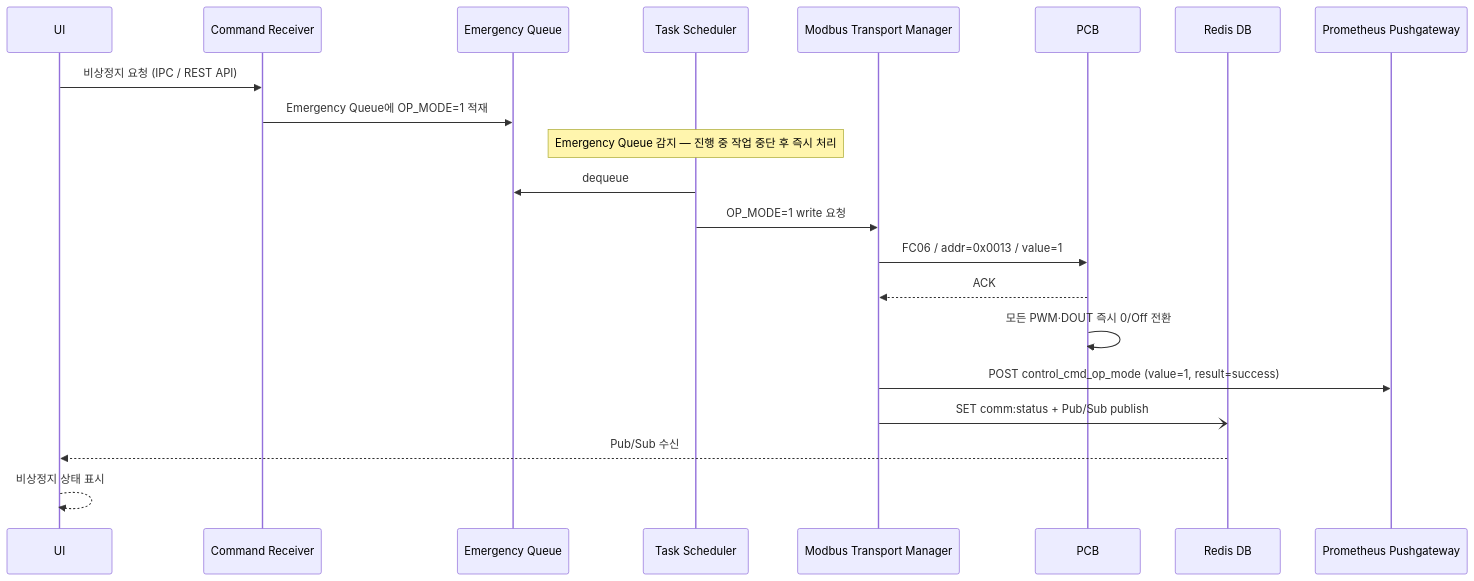
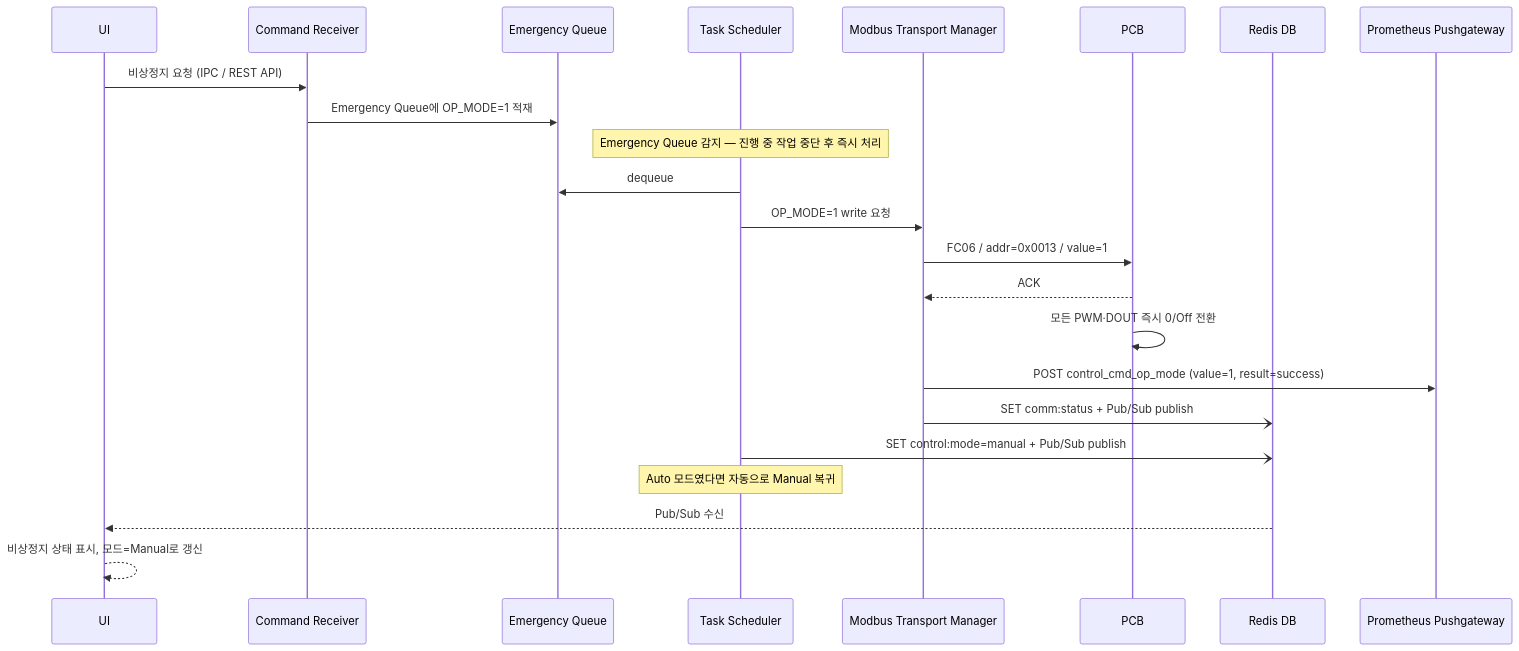
One commit to DEEPGadget/L2A_CDU_system changed the fifth of 8 diagrams in docs/v2/MCG.md. Above: the diagram before and after it, drawn with Mermaid. The commit also changed other lines of this file and 4 other files, not shown here.

````diff
--- a/docs/v2/MCG.md
+++ b/docs/v2/MCG.md
@@ -394,24 +402,26 @@
 ```mermaid
 sequenceDiagram
     participant UI as UI
     participant CR as Command Receiver
     participant EQ as Emergency Queue
     participant TS as Task Scheduler
     participant MTM as Modbus Transport Manager
     participant PCB as PCB
     participant Redis as Redis DB
     participant PGW as Prometheus Pushgateway
 
     UI->>CR: 비상정지 요청 (IPC / REST API)
     CR->>EQ: Emergency Queue에 OP_MODE=1 적재
     Note over TS: Emergency Queue 감지 — 진행 중 작업 중단 후 즉시 처리
     TS->>EQ: dequeue
     TS->>MTM: OP_MODE=1 write 요청
     MTM->>PCB: FC06 / addr=0x0013 / value=1
     PCB-->>MTM: ACK
     PCB->>PCB: 모든 PWM·DOUT 즉시 0/Off 전환
     MTM->>PGW: POST control_cmd_op_mode (value=1, result=success)
     MTM-)Redis: SET comm:status + Pub/Sub publish
+    TS-)Redis: SET control:mode=manual + Pub/Sub publish
+    Note over TS: Auto 모드였다면 자동으로 Manual 복귀
     Redis-->>UI: Pub/Sub 수신
-    UI-->>UI: 비상정지 상태 표시
+    UI-->>UI: 비상정지 상태 표시, 모드=Manual로 갱신
 ```
````
